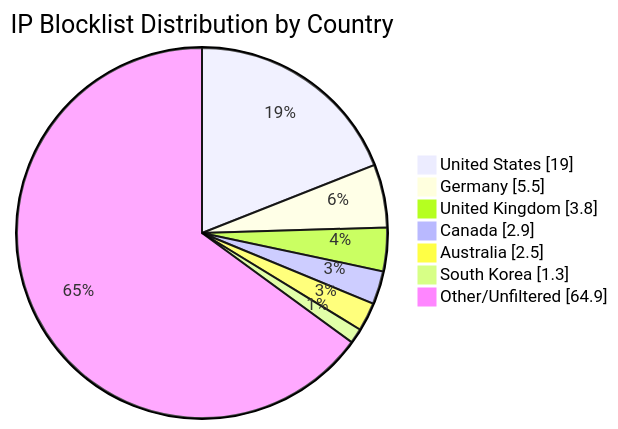
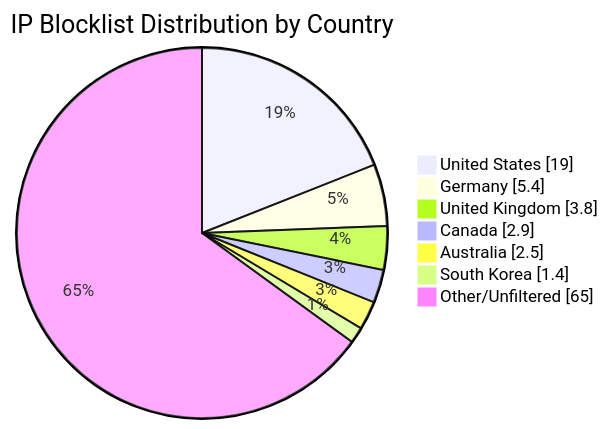
The diagram in README.md (MarcusHoltz/ipblocklist-geofiltered-aggregator), drawn with Mermaid before and after one commit. The commit also changed other lines of this file and 9 other files, not shown here.

````diff
--- a/README.md
+++ b/README.md
@@ -34,10 +34,10 @@
 ```mermaid
 pie showData title IP Blocklist Distribution by Country
 "United States" : 19.0
-"Germany" : 5.5
+"Germany" : 5.4
 "United Kingdom" : 3.8
 "Canada" : 2.9
 "Australia" : 2.5
-"South Korea" : 1.3
-"Other/Unfiltered" : 64.9
+"South Korea" : 1.4
+"Other/Unfiltered" : 65.0
 ```
````
